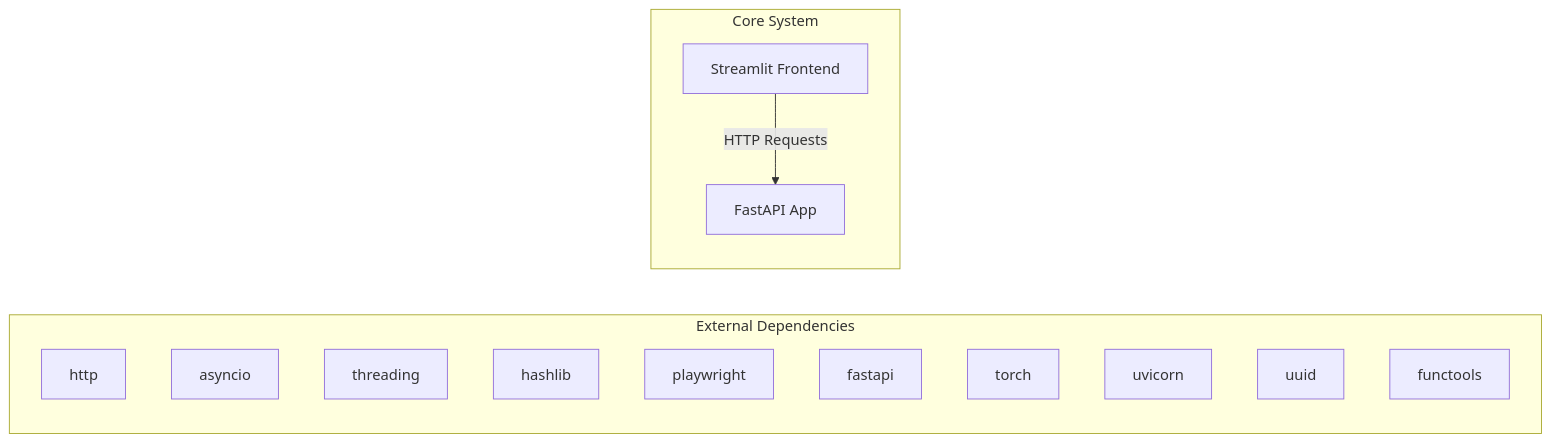
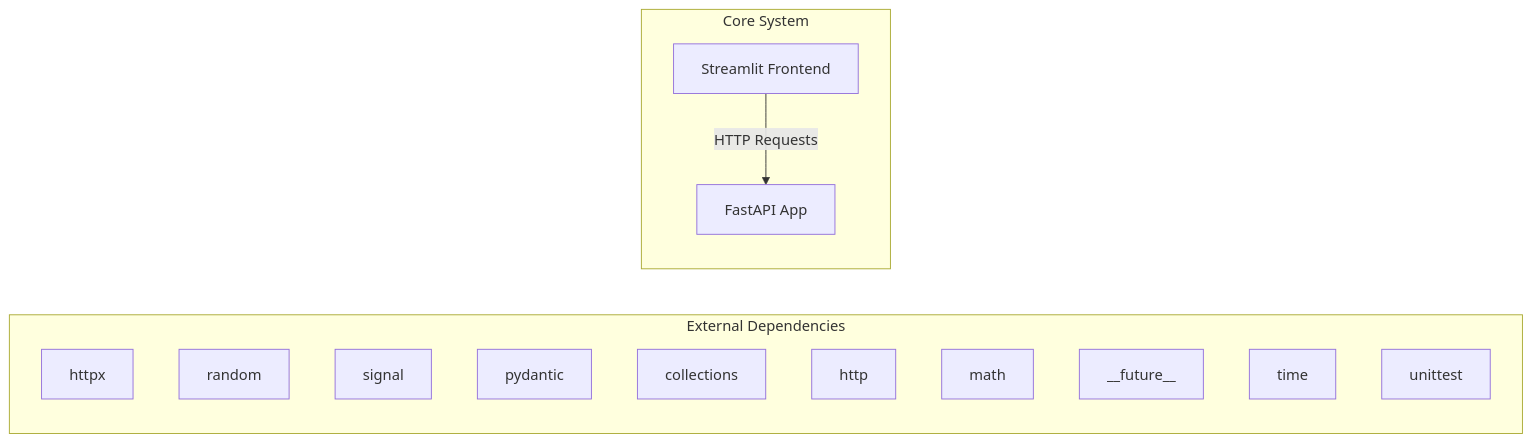
The first of 2 diagrams in docs/architecture.md (NITISH-R-G/rag-context-optimizer), drawn with Mermaid before and after one commit. The commit also changed 1 other file, not shown here.

Commit message:
docs: auto-update repository knowledge, architecture diagrams, and documentation

````diff
--- a/docs/architecture.md
+++ b/docs/architecture.md
@@ -7,20 +7,20 @@
 ```mermaid
 graph LR
     subgraph External Dependencies
-        E0["http"]
-        E1["asyncio"]
-        E2["threading"]
-        E3["hashlib"]
-        E4["playwright"]
-        E5["fastapi"]
-        E6["torch"]
-        E7["uvicorn"]
-        E8["uuid"]
-        E9["functools"]
+        E0["httpx"]
+        E1["random"]
+        E2["signal"]
+        E3["pydantic"]
+        E4["collections"]
+        E5["http"]
+        E6["math"]
+        E7["__future__"]
+        E8["time"]
+        E9["unittest"]
     end
     subgraph Core System
         API["FastAPI App"]
         UI["Streamlit Frontend"]
     end
     UI -->|HTTP Requests| API
 ```
````
